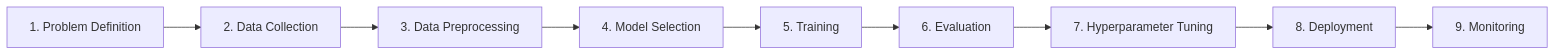
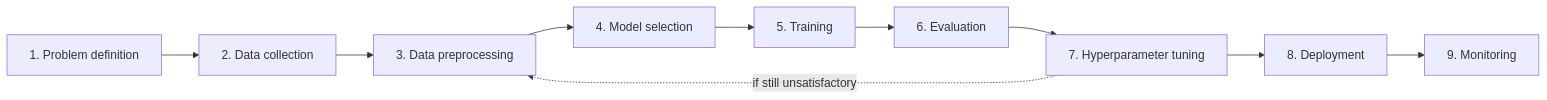
One commit to mhd-riaz/data-scientist-roadmap changed the third of 5 diagrams in semester-1/05-supervised-ml-regression/notes/01-introduction.md. Above: the diagram before and after it, drawn with Mermaid. The commit also changed other lines of this file and 5 other files, not shown here.

````diff
--- a/semester-1/05-supervised-ml-regression/notes/01-introduction.md
+++ b/semester-1/05-supervised-ml-regression/notes/01-introduction.md
@@ -161,11 +274,12 @@
 ```mermaid
 flowchart LR
-    A[1. Problem Definition] --> B[2. Data Collection]
-    B --> C[3. Data Preprocessing]
-    C --> D[4. Model Selection]
+    A[1. Problem definition] --> B[2. Data collection]
+    B --> C[3. Data preprocessing]
+    C --> D[4. Model selection]
     D --> E[5. Training]
     E --> F[6. Evaluation]
-    F --> G[7. Hyperparameter Tuning]
+    F --> G[7. Hyperparameter tuning]
     G --> H[8. Deployment]
     H --> I[9. Monitoring]
+    G -.->|"if still unsatisfactory"| C
 ```
````
